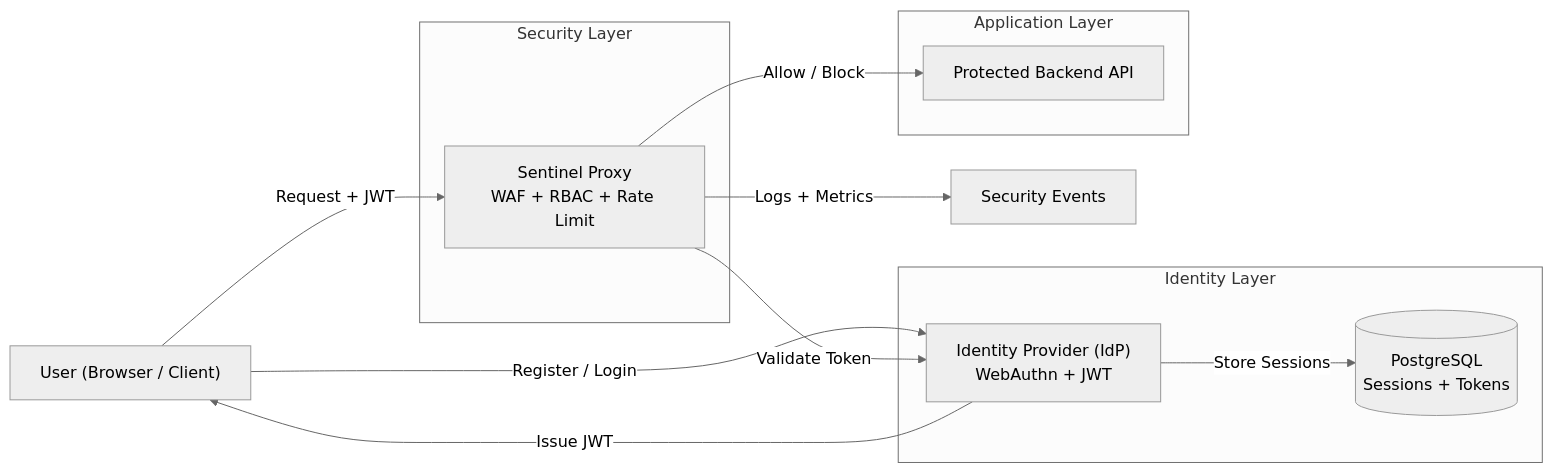
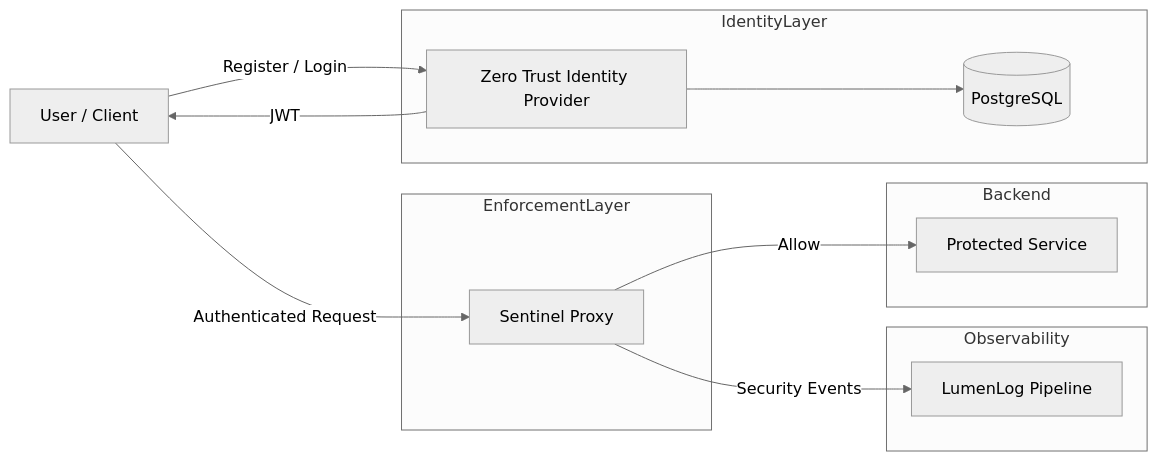
One commit to blacAxe/sentinel-platform-v0 changed the diagram in README.md. Above: the diagram before and after it, drawn with Mermaid (neutral theme). The commit also changed other lines of this file, not shown here.

Commit message:
Rewrite README for Sentinel Platform v0 architecture

````diff
--- a/README.md
+++ b/README.md
@@ -45,30 +49,31 @@
 ```mermaid
 flowchart LR
 
-    User["User (Browser / Client)"]
+    User["User / Client"]
 
-    subgraph Identity Layer
-        IdP["Identity Provider (IdP)\nWebAuthn + JWT"]
-        DB[(PostgreSQL\nSessions + Tokens)]
+    subgraph IdentityLayer
+        IdP["Zero Trust Identity Provider"]
+        DB[(PostgreSQL)]
     end
 
-    subgraph Security Layer
-        Proxy["Sentinel Proxy\nWAF + RBAC + Rate Limit"]
+    subgraph EnforcementLayer
+        Proxy["Sentinel Proxy"]
     end
 
-    subgraph Application Layer
-        App["Protected Backend API"]
+    subgraph Observability
+        Lumen["LumenLog Pipeline"]
     end
 
-    Logs["Security Events"]
+    subgraph Backend
+        App["Protected Service"]
+    end
 
     User -->|Register / Login| IdP
-    IdP -->|Store Sessions| DB
-    IdP -->|Issue JWT| User
+    IdP --> DB
+    IdP -->|JWT| User
 
-    User -->|Request + JWT| Proxy
-    Proxy -->|Validate Token| IdP
-    Proxy -->|Allow / Block| App
+    User -->|Authenticated Request| Proxy
 
-    Proxy -->|Logs + Metrics| Logs
+    Proxy -->|Allow| App
+    Proxy -->|Security Events| Lumen
 ```
````
